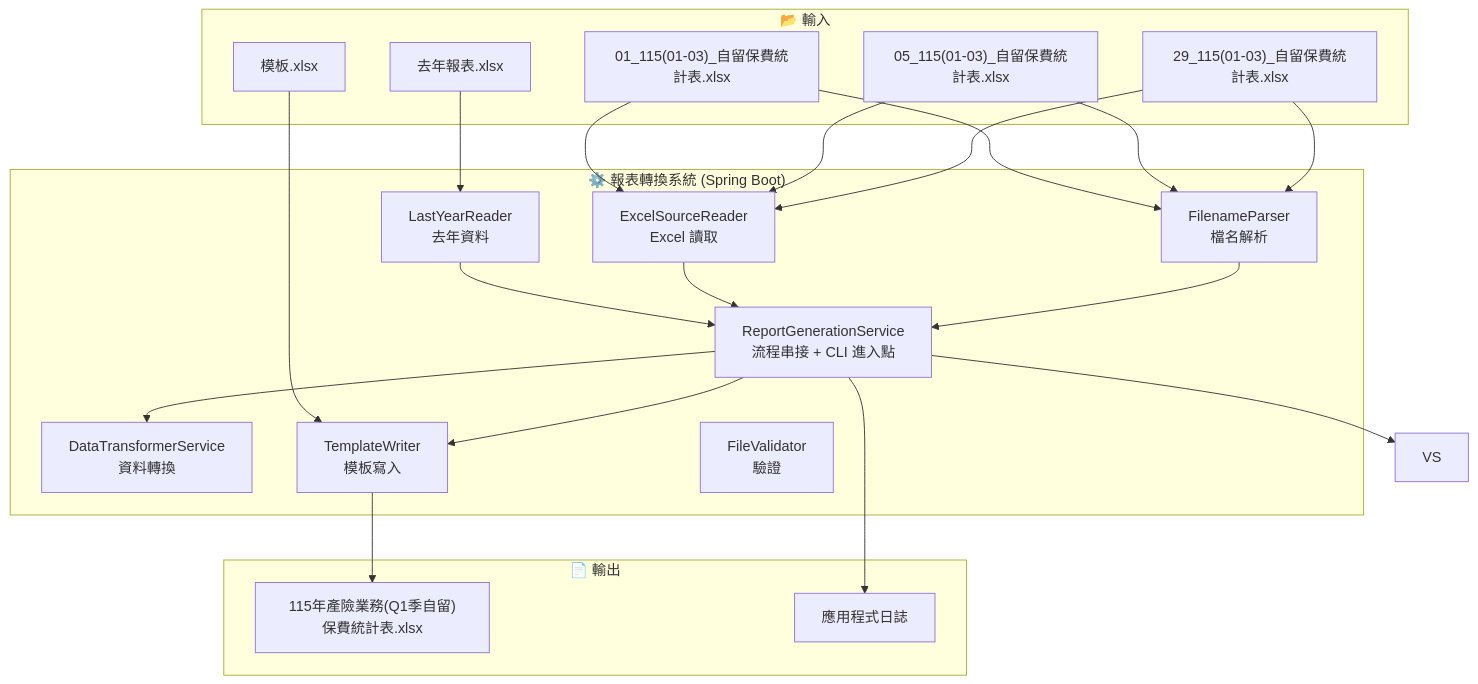
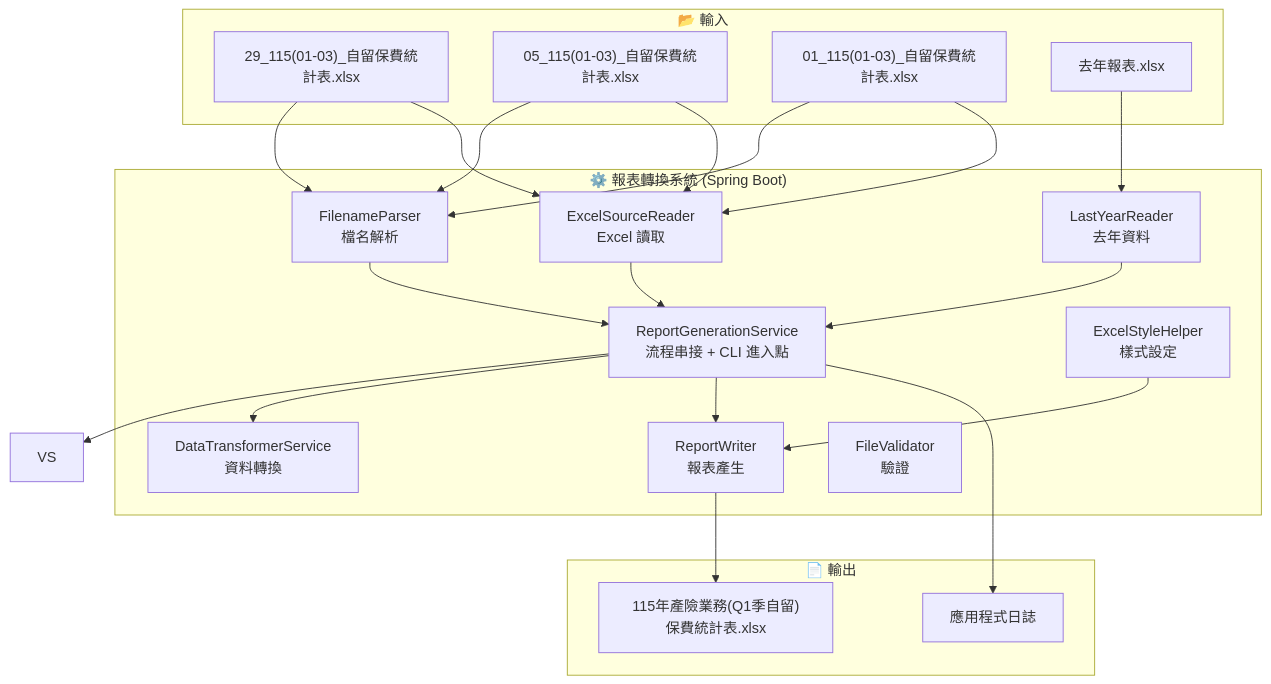
The first of 2 diagrams in docs/04-系統架構圖.md (seawaterfoods/retained-premium-report-transformer), drawn with Mermaid before and after one commit. The commit also changed 11 other files, not shown here.

First line of the commit message:
docs: remove template references, reflect programmatic report generation

````diff
--- a/docs/04-系統架構圖.md
+++ b/docs/04-系統架構圖.md
@@ -9,42 +9,42 @@
 ```mermaid
 graph TB
     subgraph Input["📂 輸入"]
         SRC1["29_115(01-03)_自留保費統計表.xlsx"]
         SRC2["05_115(01-03)_自留保費統計表.xlsx"]
         SRC3["01_115(01-03)_自留保費統計表.xlsx"]
-        TMPL["模板.xlsx"]
         LAST["去年報表.xlsx"]
     end
 
     subgraph App["⚙️ 報表轉換系統 (Spring Boot)"]
         GEN["ReportGenerationService<br/>流程串接 + CLI 進入點"]
         FP["FilenameParser<br/>檔名解析"]
         ER["ExcelSourceReader<br/>Excel 讀取"]
         DT["DataTransformerService<br/>資料轉換"]
-        TW["TemplateWriter<br/>模板寫入"]
+        RW["ReportWriter<br/>報表產生"]
+        ESH["ExcelStyleHelper<br/>樣式設定"]
         LY["LastYearReader<br/>去年資料"]
         FV["FileValidator<br/>驗證"]
     end
 
     subgraph Output["📄 輸出"]
         OUT["115年產險業務(Q1季自留)保費統計表.xlsx"]
         LOG["應用程式日誌"]
     end
 
     SRC1 --> FP
     SRC2 --> FP
     SRC3 --> FP
     FP --> GEN
     SRC1 --> ER
     SRC2 --> ER
     SRC3 --> ER
     ER --> GEN
     GEN --> VS
     GEN --> DT
     LAST --> LY
     LY --> GEN
-    GEN --> TW
-    TMPL --> TW
-    TW --> OUT
+    GEN --> RW
+    ESH --> RW
+    RW --> OUT
     GEN --> LOG
 ```
````
